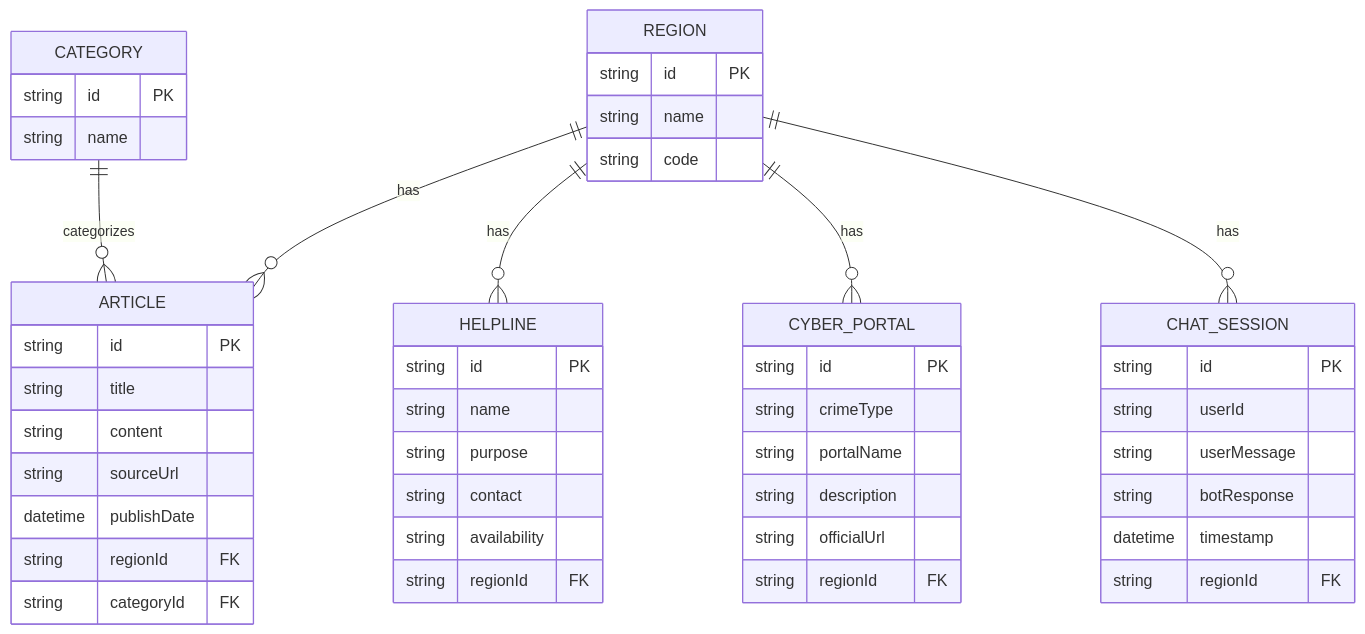
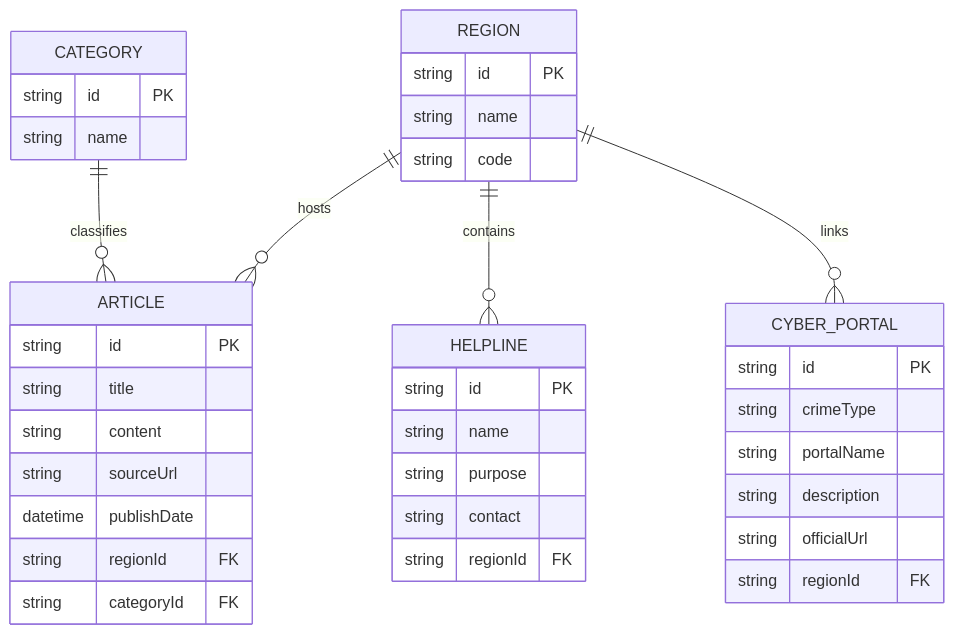
Before and after one commit to 3447-OFFICIAL/unified-cyber-platform: the diagram in README.md, drawn with Mermaid. The commit also changed other lines of this file and 6 other files, not shown here.

````diff
--- a/README.md
+++ b/README.md
@@ -80,51 +73,41 @@
 ```mermaid
 erDiagram
     REGION {
         string id PK
         string name
         string code
     }
     CATEGORY {
         string id PK
         string name
     }
     ARTICLE {
         string id PK
         string title
         string content
         string sourceUrl
         datetime publishDate
         string regionId FK
         string categoryId FK
     }
     HELPLINE {
         string id PK
         string name
         string purpose
         string contact
-        string availability
         string regionId FK
     }
     CYBER_PORTAL {
         string id PK
         string crimeType
         string portalName
         string description
         string officialUrl
         string regionId FK
     }
-    CHAT_SESSION {
-        string id PK
-        string userId
-        string userMessage
-        string botResponse
-        datetime timestamp
-        string regionId FK
-    }
 
-    REGION ||--o{ ARTICLE : "has"
-    REGION ||--o{ HELPLINE : "has"
-    REGION ||--o{ CYBER_PORTAL : "has"
-    REGION ||--o{ CHAT_SESSION : "has"
-    CATEGORY ||--o{ ARTICLE : "categorizes"
+    REGION ||--o{ ARTICLE : "hosts"
+    REGION ||--o{ HELPLINE : "contains"
+    REGION ||--o{ CYBER_PORTAL : "links"
+    CATEGORY ||--o{ ARTICLE : "classifies"
 ```
````
